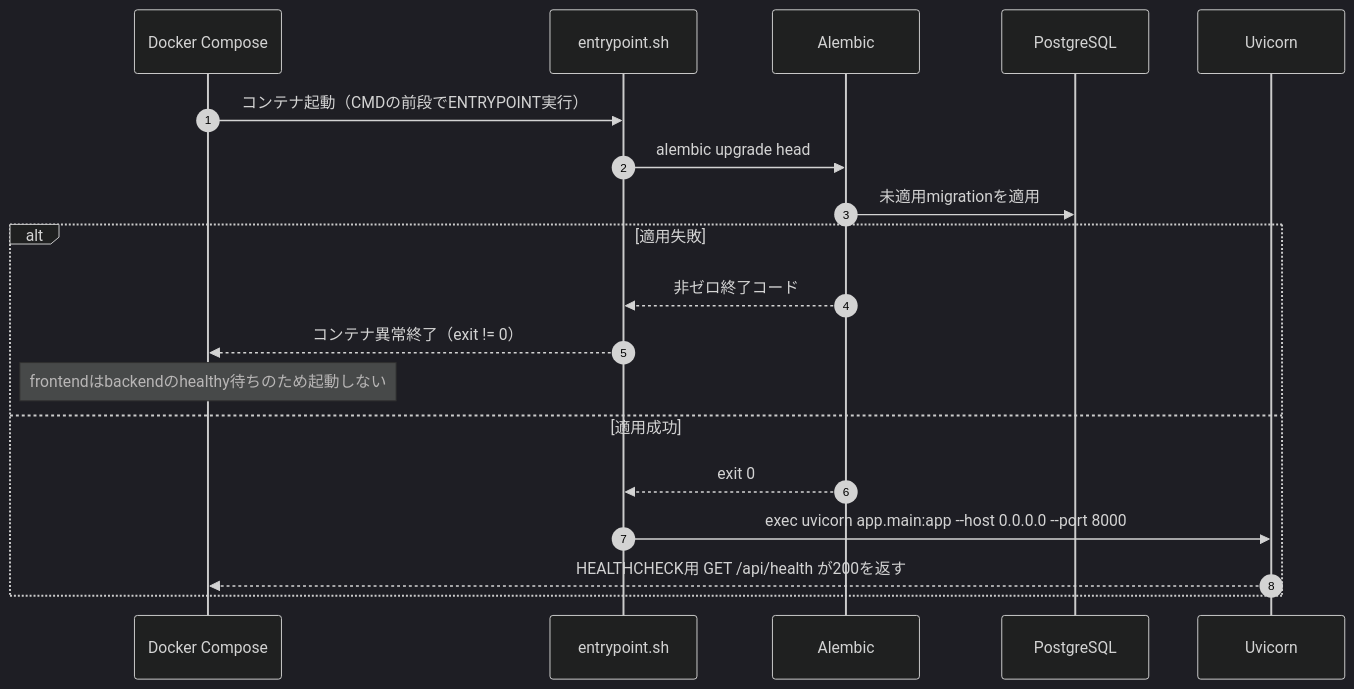
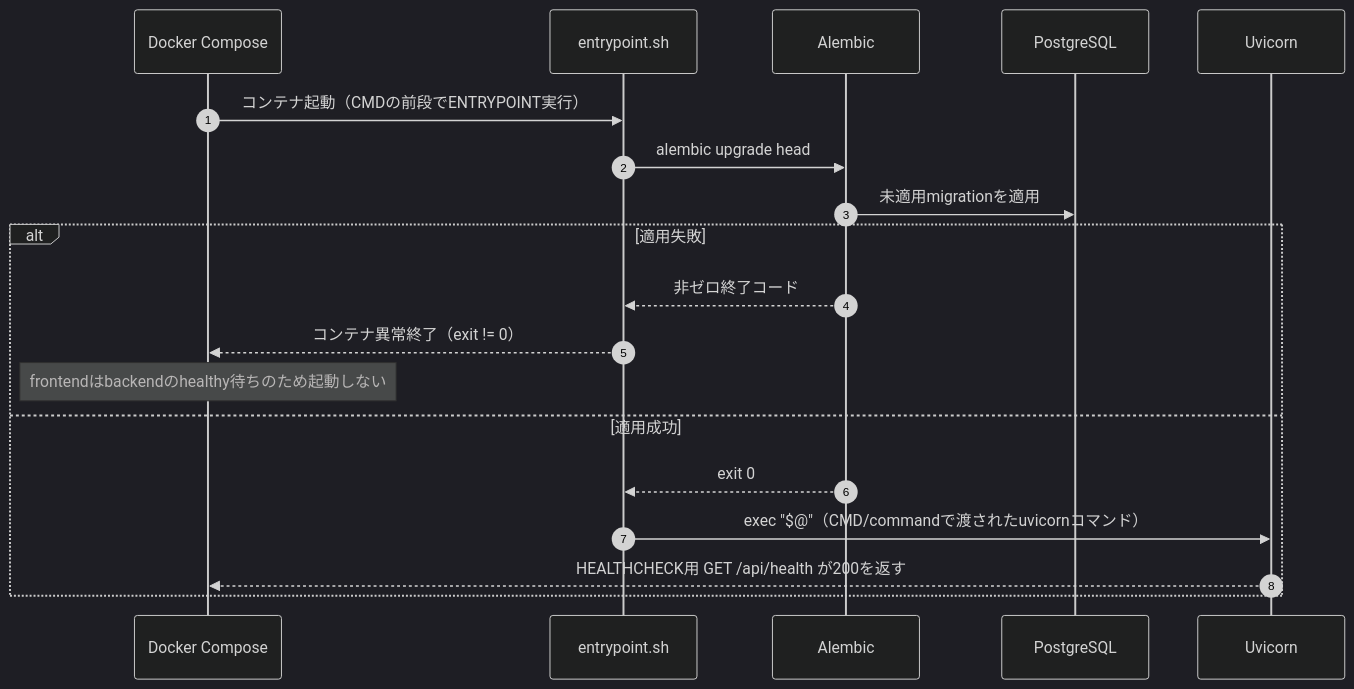
The second of 5 diagrams in docs/detailed_design/infra/02_dockerfile_api.md (oikawa-d/task_management), drawn with Mermaid (dark theme) before and after one commit. The commit also changed other lines of this file and 4 other files, not shown here.

````diff
--- a/docs/detailed_design/infra/02_dockerfile_api.md
+++ b/docs/detailed_design/infra/02_dockerfile_api.md
@@ -72,22 +73,22 @@
 ```mermaid
 sequenceDiagram
     autonumber
     participant DC as Docker Compose
     participant EP as entrypoint.sh
     participant AL as Alembic
     participant PG as PostgreSQL
     participant UV as Uvicorn
 
     DC->>EP: コンテナ起動（CMDの前段でENTRYPOINT実行）
     EP->>AL: alembic upgrade head
     AL->>PG: 未適用migrationを適用
     alt 適用失敗
         AL-->>EP: 非ゼロ終了コード
         EP-->>DC: コンテナ異常終了（exit != 0）
         Note over DC: frontendはbackendのhealthy待ちのため起動しない
     else 適用成功
         AL-->>EP: exit 0
-        EP->>UV: exec uvicorn app.main:app --host 0.0.0.0 --port 8000
+        EP->>UV: exec "$@"（CMD/commandで渡されたuvicornコマンド）
         UV-->>DC: HEALTHCHECK用 GET /api/health が200を返す
     end
 ```
````
